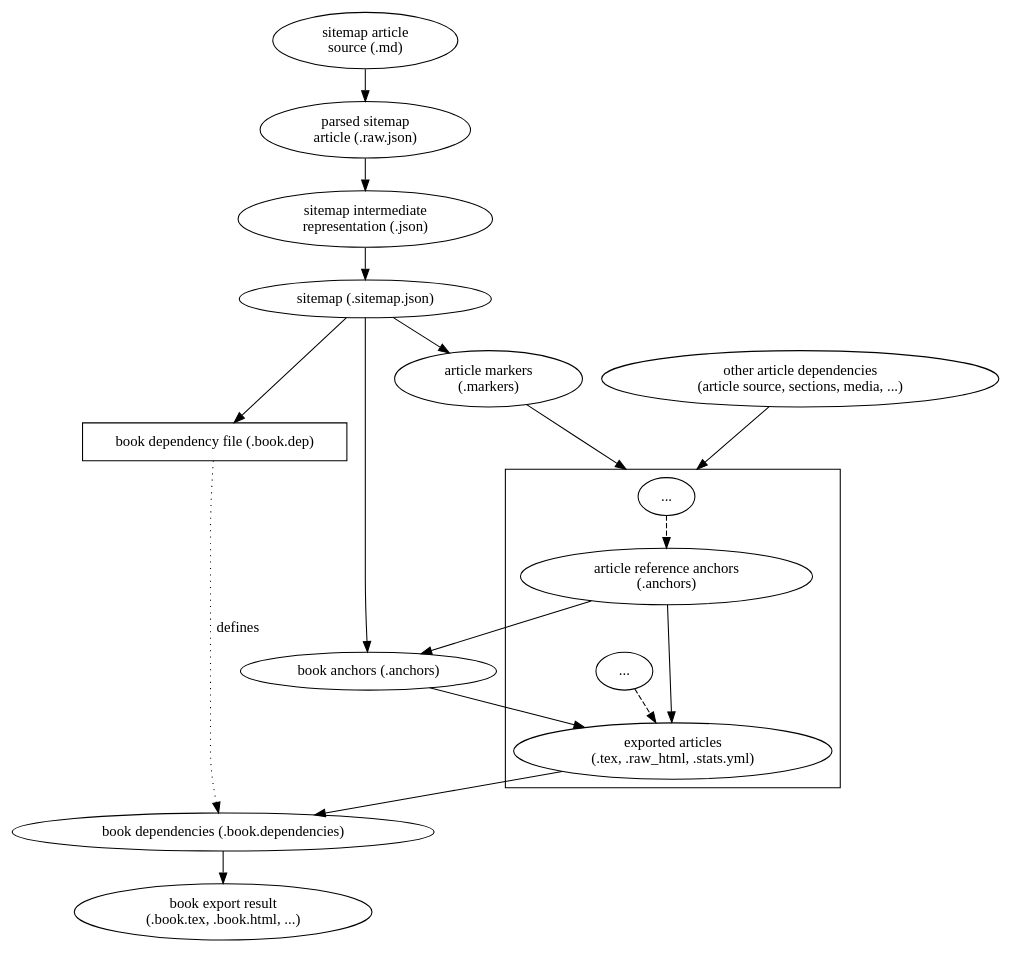
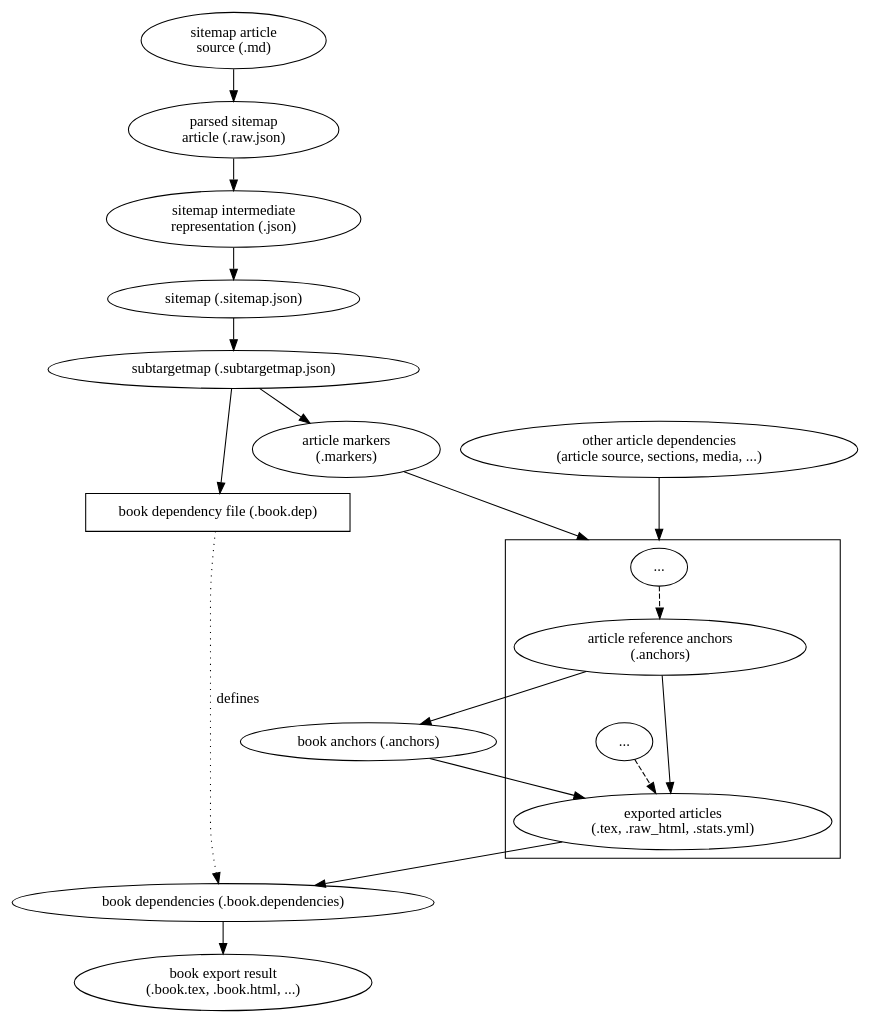
The diagram in doc/dot/book_deps.dot (serlo/serlo-export), drawn with Graphviz before and after one commit. The commit also changed 2 other files, not shown here.

Commit message:
update sitemap description

```diff
--- a/doc/dot/book_deps.dot
+++ b/doc/dot/book_deps.dot
@@ -1,39 +1,39 @@
 digraph book_dependencies {
     compound=true;
     // enable new ranking algorithm
     newrank=true;
     ranksep=.4;
 
     sitemap_article [label="sitemap article\nsource (.md)"];
     sitemap_parsed [label="parsed sitemap\narticle (.raw.json)"];
     sitemap_intermediate [label="sitemap intermediate\nrepresentation (.json)"];
     sitemap [label="sitemap (.sitemap.json)"];
+    subtargetmap [label="subtargetmap (.subtargetmap.json)"];
     book_deps [label="book dependency file (.book.dep)", shape=box];
     book_dependencies [label="book dependencies (.book.dependencies)"];
     book_anchors [label="book anchors (.anchors)"];
     the_markers [label="article markers\n(.markers)"];
     article_deps [label="other article dependencies\n(article source, sections, media, ...)"];
     result [label="book export result\n(.book.tex, .book.html, ...)"];
 
-    sitemap_article -> sitemap_parsed -> sitemap_intermediate -> sitemap; 
-    sitemap -> book_deps;
+    sitemap_article -> sitemap_parsed -> sitemap_intermediate -> sitemap -> subtargetmap; 
+    subtargetmap -> book_deps;
     book_deps -> book_dependencies [label="defines", style=dotted];
     the_articles -> book_dependencies;
     the_anchors -> book_anchors -> the_articles;
-    sitemap -> book_anchors;
-    sitemap -> the_markers;
+    subtargetmap -> the_markers;
     the_markers -> omitted [lhead=cluster_articles];
     article_deps -> omitted [lhead=cluster_articles];
     book_dependencies -> result;
     
     subgraph cluster_articles {
         omitted [label="..."];
         the_anchors [label="article reference anchors\n(.anchors)"];
         the_articles [label="exported articles\n(.tex, .raw_html, .stats.yml)"];
         omitted2 [label="..."];
         
         omitted -> the_anchors [style=dashed]; 
         the_anchors -> the_articles;
         omitted2 -> the_articles [style=dashed];
     }
 }
```
